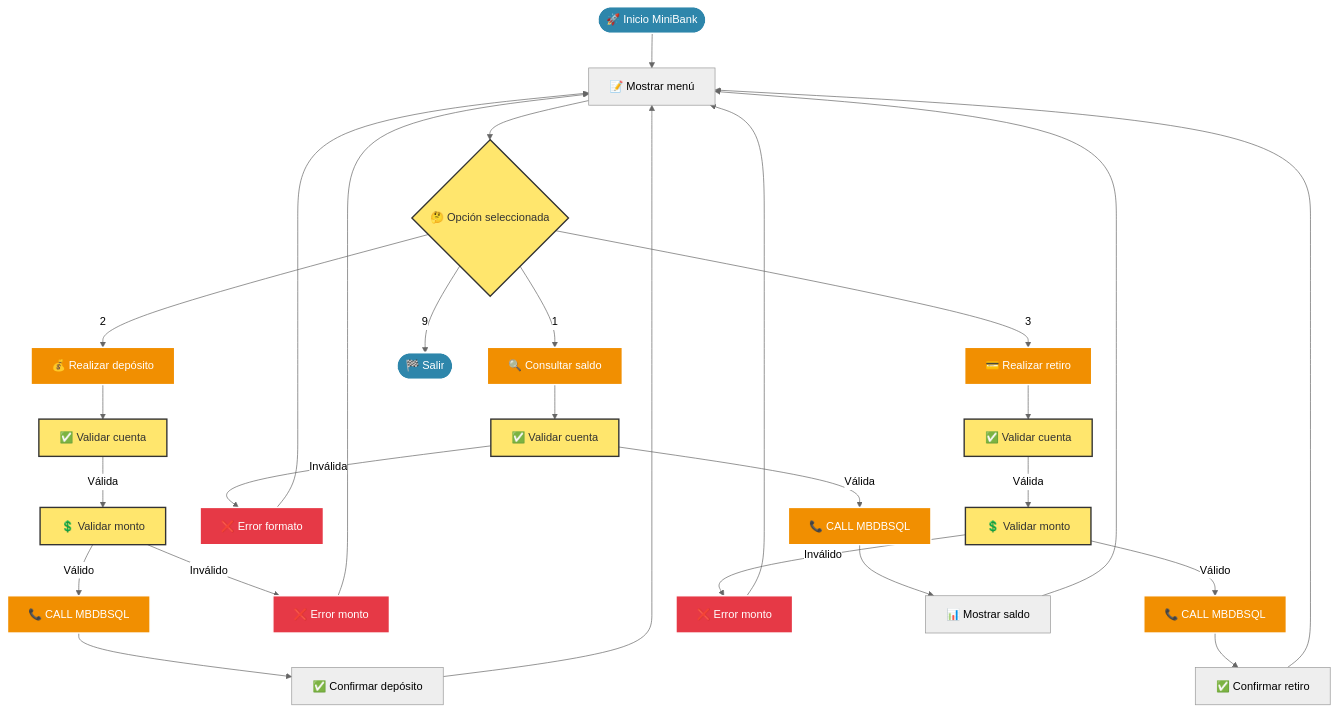
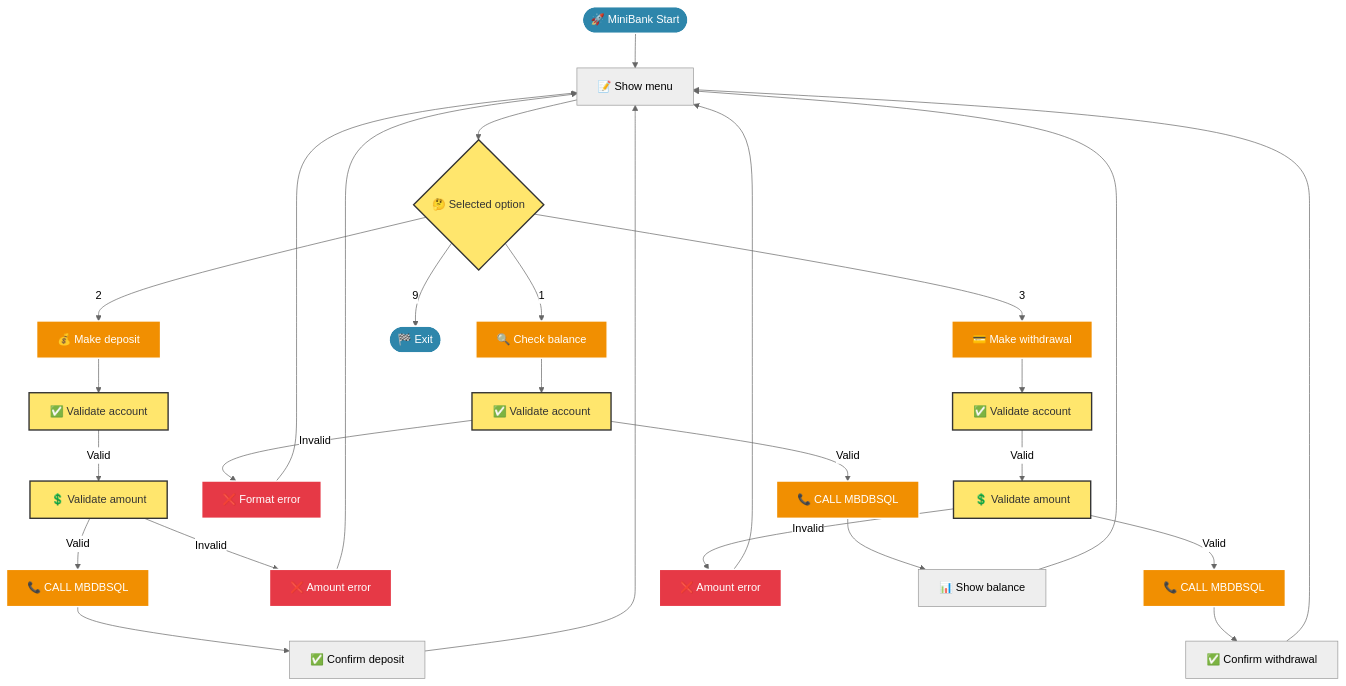
Before and after one commit to 0GiS0/cobol-minibank: the fifth of 5 diagrams in .github/agents/mermaid-diagram-creator.md, drawn with Mermaid (neutral theme). The commit also changed other lines of this file, not shown here.

Commit message:
fix: Update Mermaid Diagram Creator documentation for clarity and consistency in English

````diff
--- a/.github/agents/mermaid-diagram-creator.md
+++ b/.github/agents/mermaid-diagram-creator.md
@@ -133,45 +133,45 @@
 ```mermaid
 flowchart TD
-    Start([🚀 Inicio MiniBank]) --> Input[📝 Mostrar menú]
-    Input --> Choice{🤔 Opción seleccionada}
+    Start([🚀 MiniBank Start]) --> Input[📝 Show menu]
+    Input --> Choice{🤔 Selected option}
 
-    Choice -->|1| Balance[🔍 Consultar saldo]
-    Choice -->|2| Deposit[💰 Realizar depósito]
-    Choice -->|3| Withdraw[💳 Realizar retiro]
-    Choice -->|9| Exit([🏁 Salir])
+    Choice -->|1| Balance[🔍 Check balance]
+    Choice -->|2| Deposit[💰 Make deposit]
+    Choice -->|3| Withdraw[💳 Make withdrawal]
+    Choice -->|9| Exit([🏁 Exit])
 
-    Balance --> ValidateAcc1[✅ Validar cuenta]
-    ValidateAcc1 -->|Válida| CallBalance[📞 CALL MBDBSQL]
-    ValidateAcc1 -->|Inválida| ErrorMsg1[❌ Error formato]
+    Balance --> ValidateAcc1[✅ Validate account]
+    ValidateAcc1 -->|Valid| CallBalance[📞 CALL MBDBSQL]
+    ValidateAcc1 -->|Invalid| ErrorMsg1[❌ Format error]
 
-    Deposit --> ValidateAcc2[✅ Validar cuenta]
-    ValidateAcc2 -->|Válida| ValidateAmt[💲 Validar monto]
-    ValidateAmt -->|Válido| CallDeposit[📞 CALL MBDBSQL]
-    ValidateAmt -->|Inválido| ErrorMsg2[❌ Error monto]
+    Deposit --> ValidateAcc2[✅ Validate account]
+    ValidateAcc2 -->|Valid| ValidateAmt[💲 Validate amount]
+    ValidateAmt -->|Valid| CallDeposit[📞 CALL MBDBSQL]
+    ValidateAmt -->|Invalid| ErrorMsg2[❌ Amount error]
 
-    Withdraw --> ValidateAcc3[✅ Validar cuenta]
-    ValidateAcc3 -->|Válida| ValidateAmt2[💲 Validar monto]
-    ValidateAmt2 -->|Válido| CallWithdraw[📞 CALL MBDBSQL]
-    ValidateAmt2 -->|Inválido| ErrorMsg3[❌ Error monto]
+    Withdraw --> ValidateAcc3[✅ Validate account]
+    ValidateAcc3 -->|Valid| ValidateAmt2[💲 Validate amount]
+    ValidateAmt2 -->|Valid| CallWithdraw[📞 CALL MBDBSQL]
+    ValidateAmt2 -->|Invalid| ErrorMsg3[❌ Amount error]
 
-    CallBalance --> ShowResult1[📊 Mostrar saldo]
-    CallDeposit --> ShowResult2[✅ Confirmar depósito]
-    CallWithdraw --> ShowResult3[✅ Confirmar retiro]
+    CallBalance --> ShowResult1[📊 Show balance]
+    CallDeposit --> ShowResult2[✅ Confirm deposit]
+    CallWithdraw --> ShowResult3[✅ Confirm withdrawal]
 
     ErrorMsg1 --> Input
     ErrorMsg2 --> Input
     ErrorMsg3 --> Input
     ShowResult1 --> Input
     ShowResult2 --> Input
     ShowResult3 --> Input
 
     classDef startEnd fill:#2E86AB,stroke:#fff,stroke-width:2px,color:#fff
     classDef process fill:#F18F01,stroke:#fff,stroke-width:2px,color:#fff
     classDef decision fill:#FFE66D,stroke:#333,stroke-width:2px,color:#333
     classDef error fill:#E63946,stroke:#fff,stroke-width:2px,color:#fff
 
     class Start,Exit startEnd
     class Balance,Deposit,Withdraw,CallBalance,CallDeposit,CallWithdraw process
     class Choice,ValidateAcc1,ValidateAcc2,ValidateAcc3,ValidateAmt,ValidateAmt2 decision
     class ErrorMsg1,ErrorMsg2,ErrorMsg3 error
 ```
````
